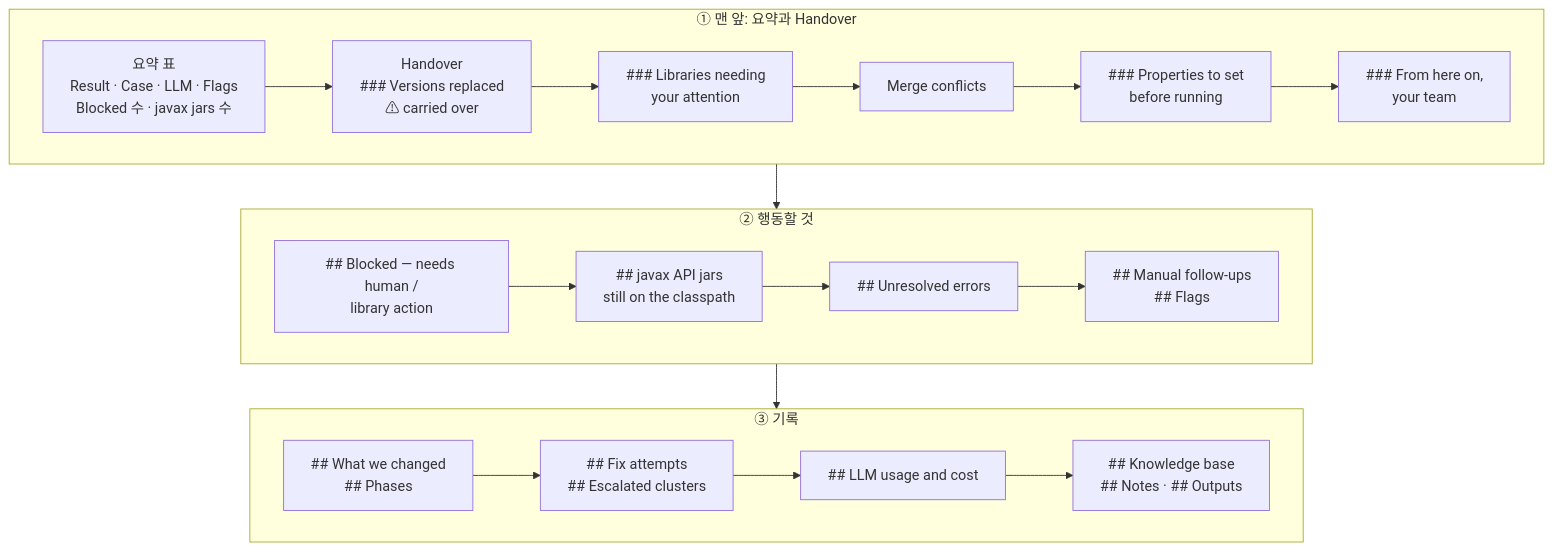
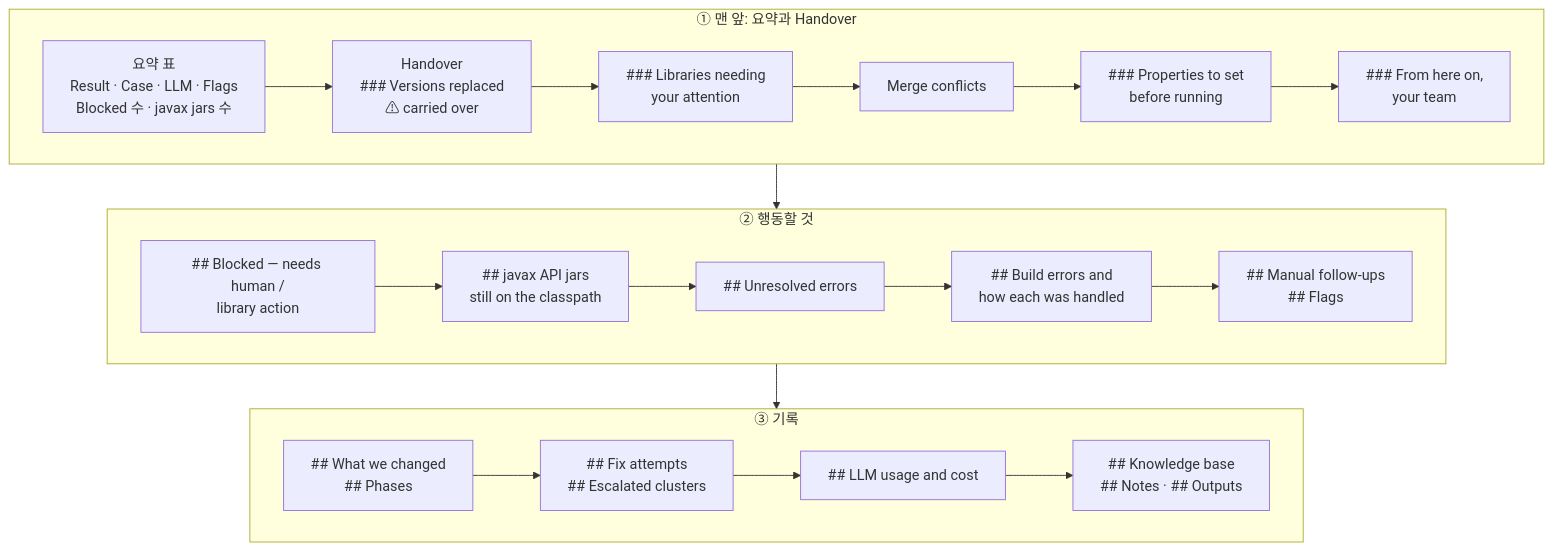
One commit to acandiatale/tutu changed the diagram in docs/migration-agent/diagrams/report-handover.mmd. Above: the diagram before and after it, drawn with Mermaid. The commit also changed 69 other files, not shown here.

```diff
--- a/docs/migration-agent/diagrams/report-handover.mmd
+++ b/docs/migration-agent/diagrams/report-handover.mmd
@@ -1,14 +1,14 @@
 flowchart TB
   subgraph a["① 맨 앞: 요약과 Handover"]
     direction LR
     T["요약 표<br/>Result · Case · LLM · Flags<br/>Blocked 수 · javax jars 수"] --> H1["Handover<br/>### Versions replaced<br/>⚠ carried over"] --> H2["### Libraries needing<br/>your attention"] --> H3["Merge conflicts"] --> H4["### Properties to set<br/>before running"] --> H5["### From here on,<br/>your team"]
   end
   subgraph b["② 행동할 것"]
     direction LR
-    BL["## Blocked — needs human /<br/>library action"] --> JX["## javax API jars<br/>still on the classpath"] --> UN["## Unresolved errors"] --> MF["## Manual follow-ups<br/>## Flags"]
+    BL["## Blocked — needs human /<br/>library action"] --> JX["## javax API jars<br/>still on the classpath"] --> UN["## Unresolved errors"] --> EC["## Build errors and<br/>how each was handled"] --> MF["## Manual follow-ups<br/>## Flags"]
   end
   subgraph c["③ 기록"]
     direction LR
     WC["## What we changed<br/>## Phases"] --> FA["## Fix attempts<br/>## Escalated clusters"] --> CO["## LLM usage and cost"] --> REST["## Knowledge base<br/>## Notes · ## Outputs"]
   end
   a --> b --> c
```
